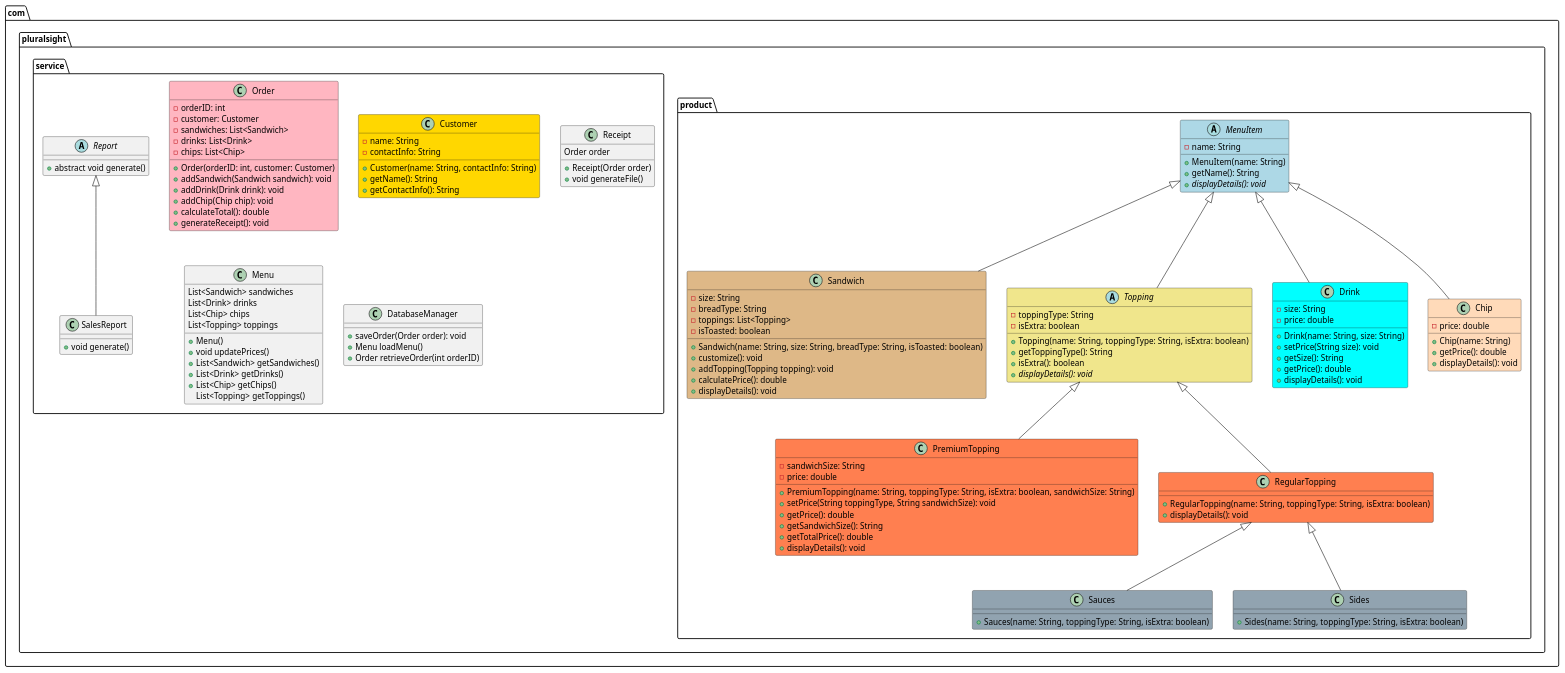
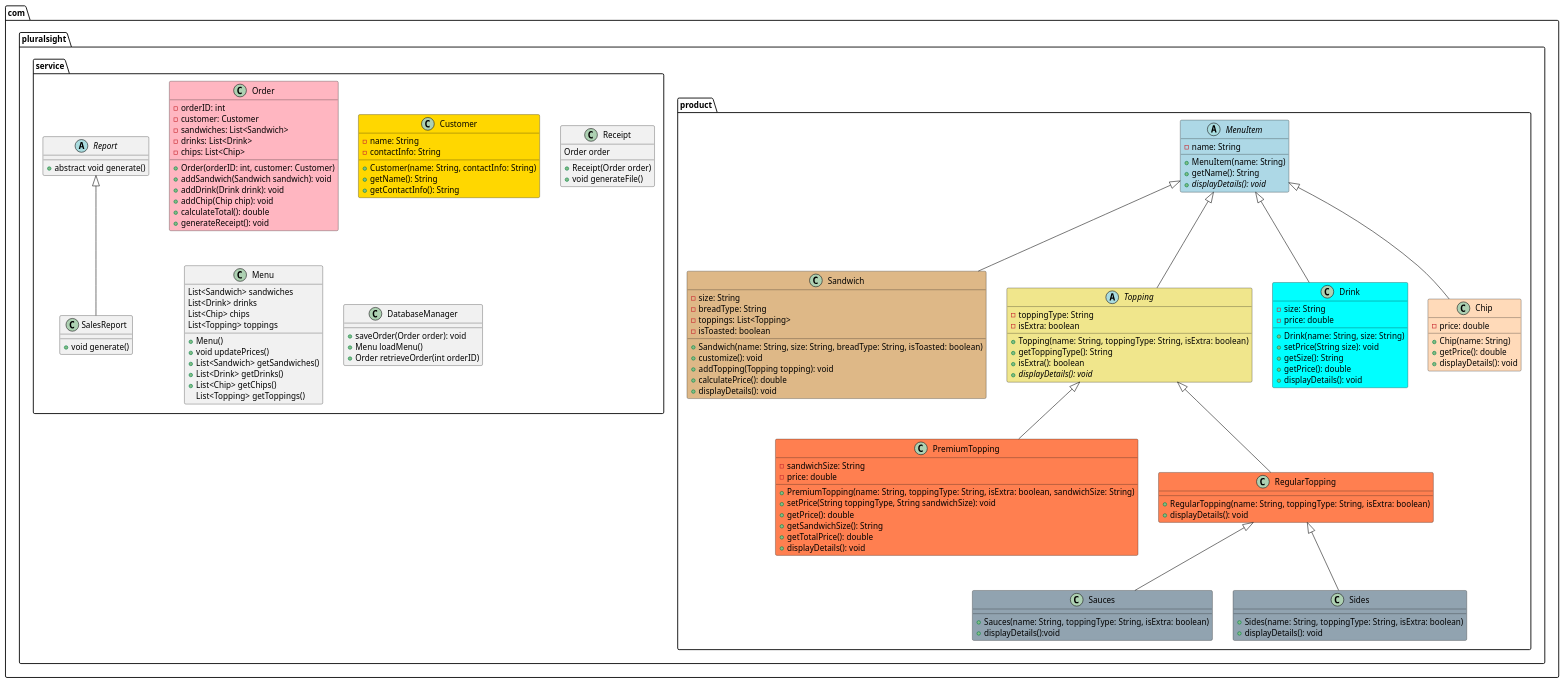
The diagram in src/main/java/com/pluralsight/byyte-now.puml (Ptunda/byyte-now), drawn with PlantUML before and after one commit. The commit also changed 2 other files, not shown here.

```diff
--- a/src/main/java/com/pluralsight/byyte-now.puml
+++ b/src/main/java/com/pluralsight/byyte-now.puml
@@ -1,155 +1,157 @@
 @startuml
 package com.pluralsight{
 
 package com.pluralsight.product{
 
 abstract class MenuItem #lightblue{
 -name: String
 
 +MenuItem(name: String)
 +getName(): String
 +{abstract} displayDetails(): void
 
 }
 
 class Sandwich #DEB887 extends MenuItem{
 -size: String
 -breadType: String
 -toppings: List<Topping>
 -isToasted: boolean
 
 +Sandwich(name: String, size: String, breadType: String, isToasted: boolean)
 +customize(): void
 +addTopping(Topping topping): void
 +calculatePrice(): double
 +displayDetails(): void
 }
 
 abstract class Topping #F0E68C extends MenuItem {
 -toppingType: String
 -isExtra: boolean
 +Topping(name: String, toppingType: String, isExtra: boolean)
 +getToppingType(): String
 +isExtra(): boolean
 +{abstract} displayDetails(): void
 }
 
 class Drink #00FFFF extends MenuItem {
 -size: String
 -price: double
 
 +Drink(name: String, size: String)
 +setPrice(String size): void
 +getSize(): String
 +getPrice(): double
 +displayDetails(): void
 }
 
 class Chip #FFDAB9 extends MenuItem {
 -price: double
 
 +Chip(name: String)
 +getPrice(): double
 +displayDetails(): void
 }
 
 
 class PremiumTopping #FF7F50 extends Topping {
 -sandwichSize: String
 -price: double
 +PremiumTopping(name: String, toppingType: String, isExtra: boolean, sandwichSize: String)
 +setPrice(String toppingType, String sandwichSize): void
 +getPrice(): double
 +getSandwichSize(): String
 +getTotalPrice(): double
 +displayDetails(): void
 }
 
 class RegularTopping #FF7F50 extends Topping {
 +RegularTopping(name: String, toppingType: String, isExtra: boolean)
 +displayDetails(): void
 }
 
 class Sauces #91A3B0 extends RegularTopping{
 
 +Sauces(name: String, toppingType: String, isExtra: boolean)
++displayDetails():void
 
 }
 
 class Sides #91A3B0 extends RegularTopping{
 
 +Sides(name: String, toppingType: String, isExtra: boolean)
++displayDetails(): void
 }
 
 
 }
 
 package com.pluralsight.service{
 
 class Order #FFB6C1 {
 -orderID: int
 -customer: Customer
 -sandwiches: List<Sandwich>
 -drinks: List<Drink>
 -chips: List<Chip>
 
 +Order(orderID: int, customer: Customer)
 +addSandwich(Sandwich sandwich): void
 +addDrink(Drink drink): void
 +addChip(Chip chip): void
 +calculateTotal(): double
 +generateReceipt(): void
 }
 
 class Customer #FFD700{
 -name: String
 -contactInfo: String
 
 +Customer(name: String, contactInfo: String)
 +getName(): String
 +getContactInfo(): String
 }
 
 abstract class Report {
 +abstract void generate()
 }
 
 
 class Receipt {
 Order order
 
 +Receipt(Order order)
 +void generateFile()
 }
 
 class SalesReport extends Report {
 +void generate()
 }
 
 class Menu {
 List<Sandwich> sandwiches
 List<Drink> drinks
 List<Chip> chips
 List<Topping> toppings
 
 + Menu()
 +void updatePrices()
 +List<Sandwich> getSandwiches()
 +List<Drink> getDrinks()
 +List<Chip> getChips()
 List<Topping> getToppings()
 }
 
 class DatabaseManager {
 +saveOrder(Order order): void
 +Menu loadMenu()
 +Order retrieveOrder(int orderID)
 }
 
 
 }
 
 }
 
 
 @enduml
```
